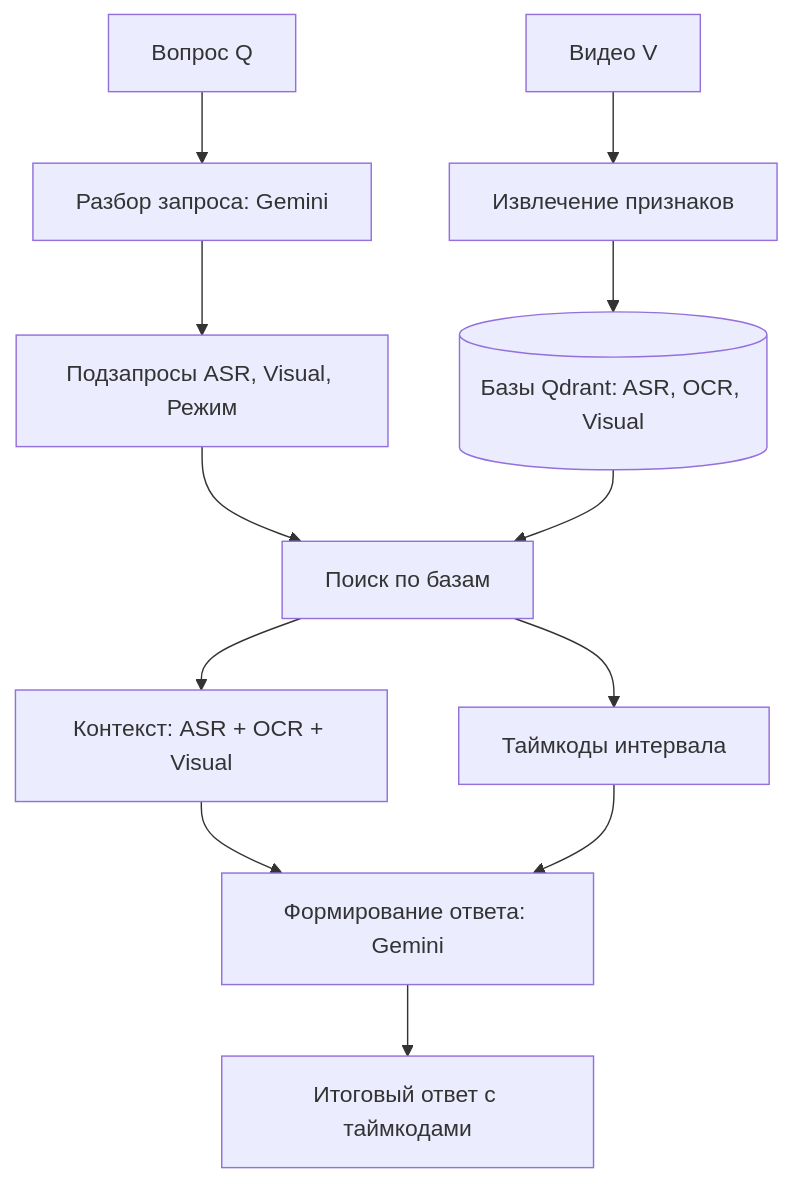
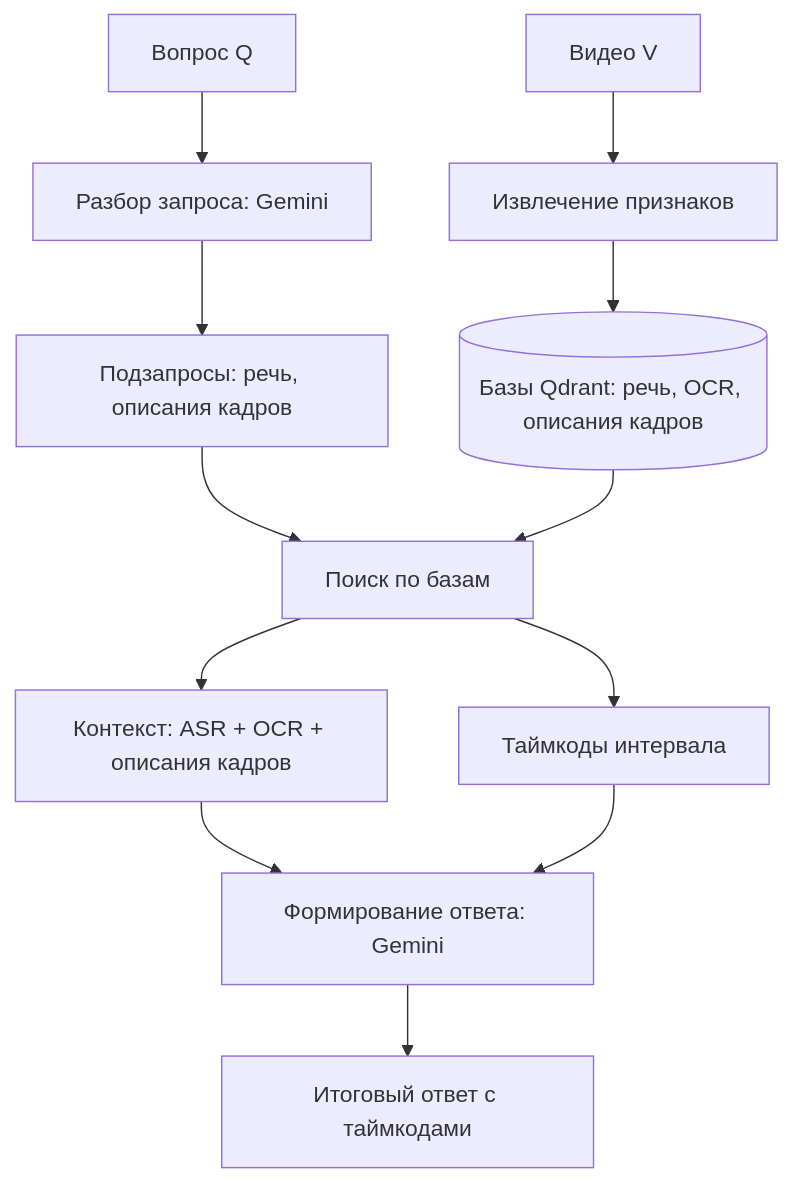
One commit to maxlyara1/multimodal-video-search changed the diagram in README.md. Above: the diagram before and after it, drawn with Mermaid. The commit also changed other lines of this file and 2 other files, not shown here.

Commit message:
docs: clean remaining Visual terms in user-facing documentation

````diff
--- a/README.md
+++ b/README.md
@@ -33,17 +33,17 @@
 ```mermaid
 graph TD
     Q[Вопрос Q] --> D[Разбор запроса: Gemini]
-    D --> R[Подзапросы ASR, Visual, Режим]
+    D --> R[Подзапросы: речь, описания кадров]
 
     V[Видео V] --> AUX[Извлечение признаков]
-    AUX --> DB[(Базы Qdrant: ASR, OCR, Visual)]
+    AUX --> DB[(Базы Qdrant: речь, OCR, описания кадров)]
 
     R --> RET[Поиск по базам]
     DB --> RET
-    RET --> AM[Контекст: ASR + OCR + Visual]
+    RET --> AM[Контекст: ASR + OCR + описания кадров]
     RET --> INT[Таймкоды интервала]
 
     AM --> GEN[Формирование ответа: Gemini]
     INT --> GEN
     GEN --> O[Итоговый ответ с таймкодами]
 ```
````
